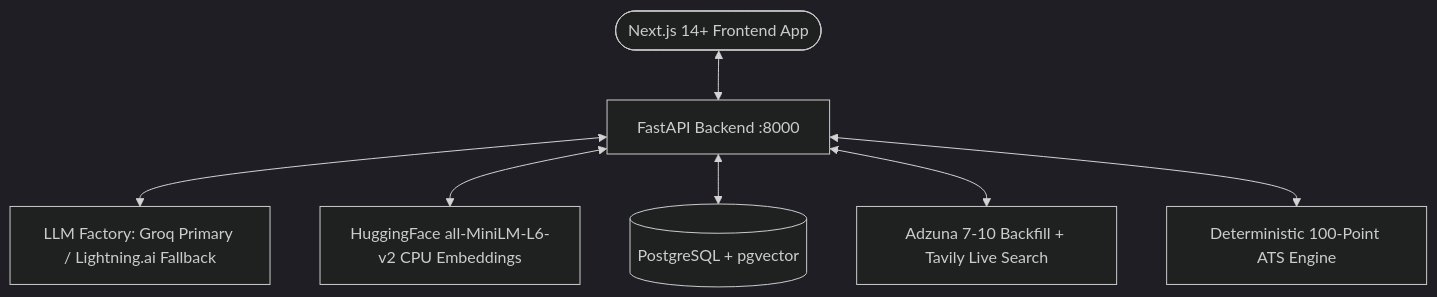
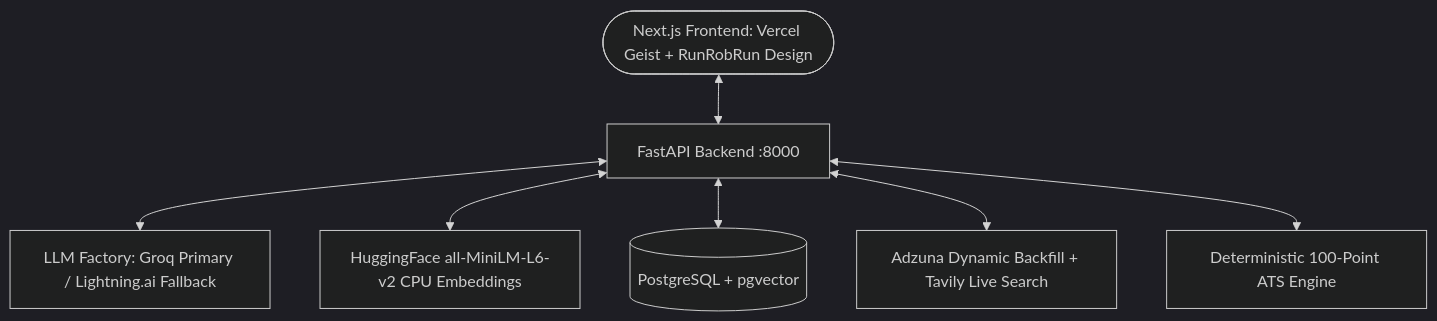
One commit to Mostafa710/career-copilot changed the diagram in README.md. Above: the diagram before and after it, drawn with Mermaid (dark theme). The commit also changed other lines of this file and 2 other files, not shown here.

Commit message:
docs: synchronize README, implementation plan, and architecture flowcharts with exact multi-agent implementations

````diff
--- a/README.md
+++ b/README.md
@@ -38,9 +60,9 @@
 ```mermaid
 graph TD
-    Client([Next.js 14+ Frontend App]) <--> API[FastAPI Backend :8000]
+    Client([Next.js Frontend: Vercel Geist + RunRobRun Design]) <--> API[FastAPI Backend :8000]
     API <--> LLM[LLM Factory: Groq Primary / Lightning.ai Fallback]
     API <--> Embed[HuggingFace all-MiniLM-L6-v2 CPU Embeddings]
     API <--> DB[(PostgreSQL + pgvector)]
-    API <--> Search[Adzuna 7-10 Backfill + Tavily Live Search]
+    API <--> Search[Adzuna Dynamic Backfill + Tavily Live Search]
     API <--> ATS[Deterministic 100-Point ATS Engine]
 ```
````
